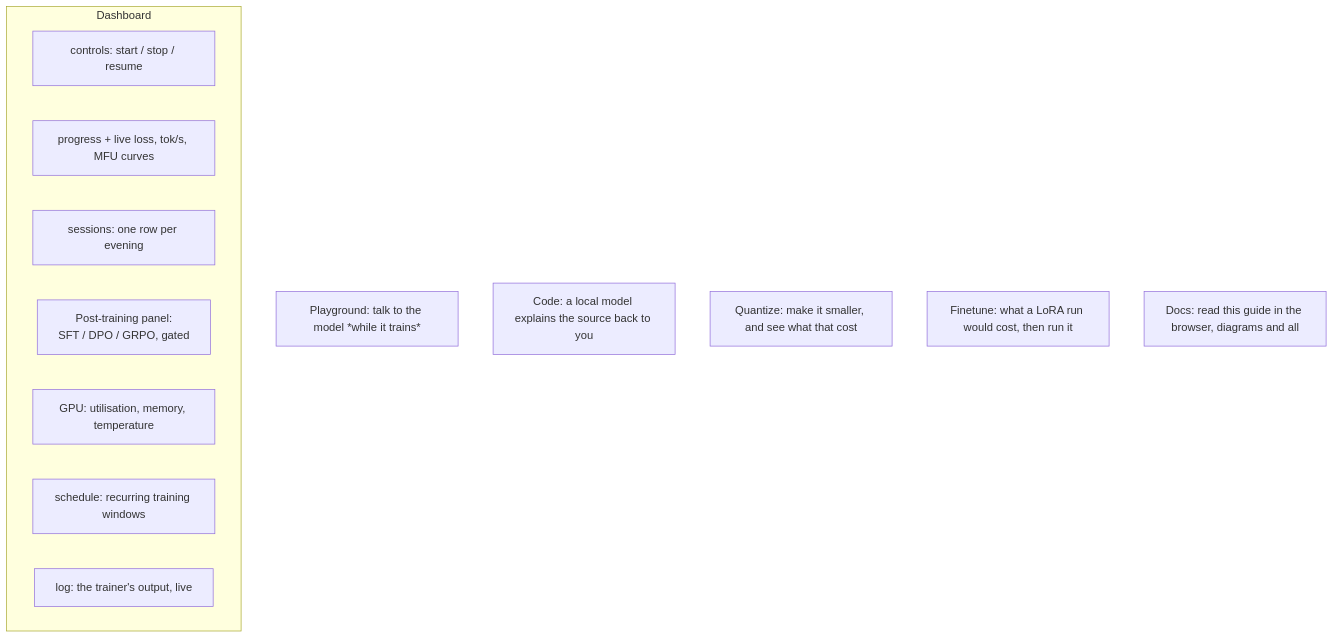
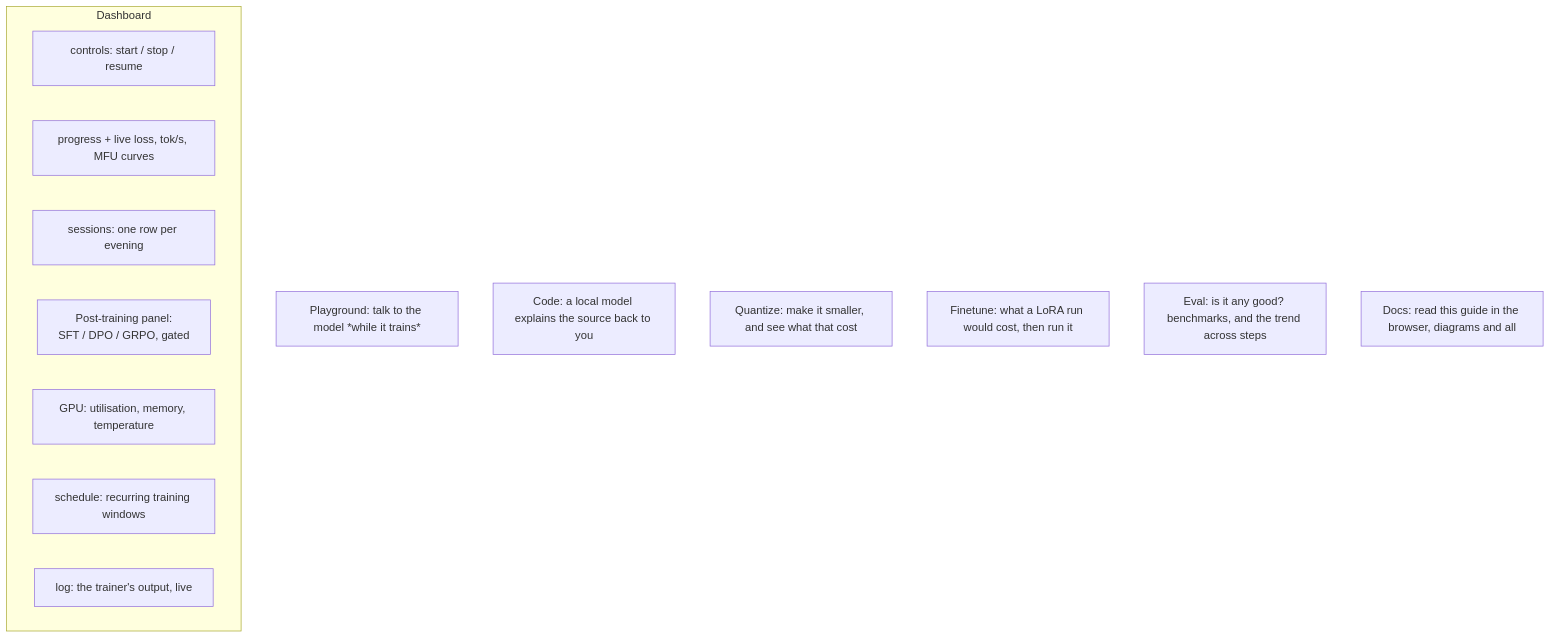
Before and after one commit to kunwarmahen/aksharallm: the fourth of 5 diagrams in docs/09-running-and-watching.md, drawn with Mermaid. The commit also changed other lines of this file and 29 other files, not shown here.

````diff
--- a/docs/09-running-and-watching.md
+++ b/docs/09-running-and-watching.md
@@ -134,17 +134,18 @@
 ```mermaid
 flowchart TD
     subgraph Dashboard
         C[controls: start / stop / resume]
         PR[progress + live loss, tok/s, MFU curves]
         SE[sessions: one row per evening]
         PT["Post-training panel:<br/>SFT / DPO / GRPO, gated"]
         GP[GPU: utilisation, memory, temperature]
         SC[schedule: recurring training windows]
         LG[log: the trainer's output, live]
     end
     Play[Playground: talk to the model *while it trains*]
     Code[Code: a local model explains the source back to you]
     Quant[Quantize: make it smaller, and see what that cost]
     Tune["Finetune: what a LoRA run would cost, then run it"]
+    Eval["Eval: is it any good? benchmarks, and the trend across steps"]
     Docs[Docs: read this guide in the browser, diagrams and all]
 ```
````
